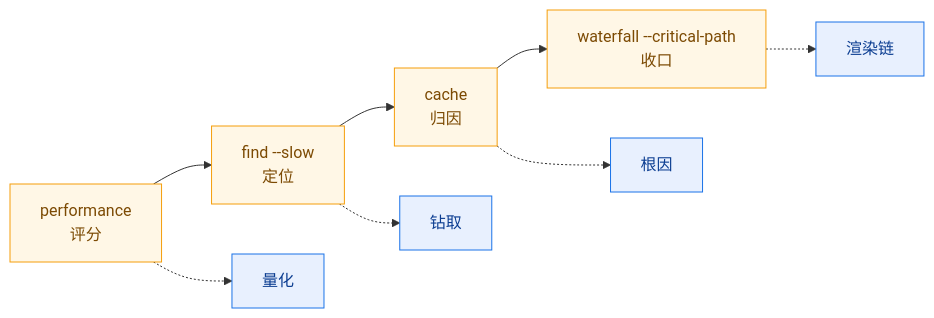
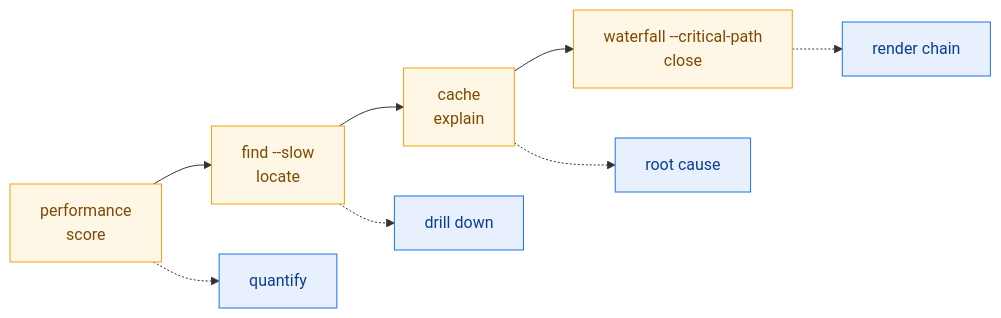
The fourth of 4 diagrams in website/zh/workflows/performance.md (hitechcloud-vietnam/har-skills), drawn with Mermaid before and after one commit. The commit also changed other lines of this file and 97 other files, not shown here.

````diff
--- a/website/zh/workflows/performance.md
+++ b/website/zh/workflows/performance.md
@@ -301,12 +305,12 @@
 ```mermaid
 flowchart LR
-    P["performance<br/>评分"]:::step --> F["find --slow<br/>定位"]:::step
-    F --> C["cache<br/>归因"]:::step --> W["waterfall --critical-path<br/>收口"]:::step
-    P -.-> O1["量化"]:::out
-    F -.-> O2["钻取"]:::out
-    C -.-> O3["根因"]:::out
-    W -.-> O4["渲染链"]:::out
+    P["performance<br/>score"]:::step --> F["find --slow<br/>locate"]:::step
+    F --> C["cache<br/>explain"]:::step --> W["waterfall --critical-path<br/>close"]:::step
+    P -.-> O1["quantify"]:::out
+    F -.-> O2["drill down"]:::out
+    C -.-> O3["root cause"]:::out
+    W -.-> O4["render chain"]:::out
 
     classDef step fill:#fff7e6,stroke:#f59e0b,color:#7c4a03
     classDef out fill:#e8f0fe,stroke:#1a73e8,color:#0b3d91
 ```
````
